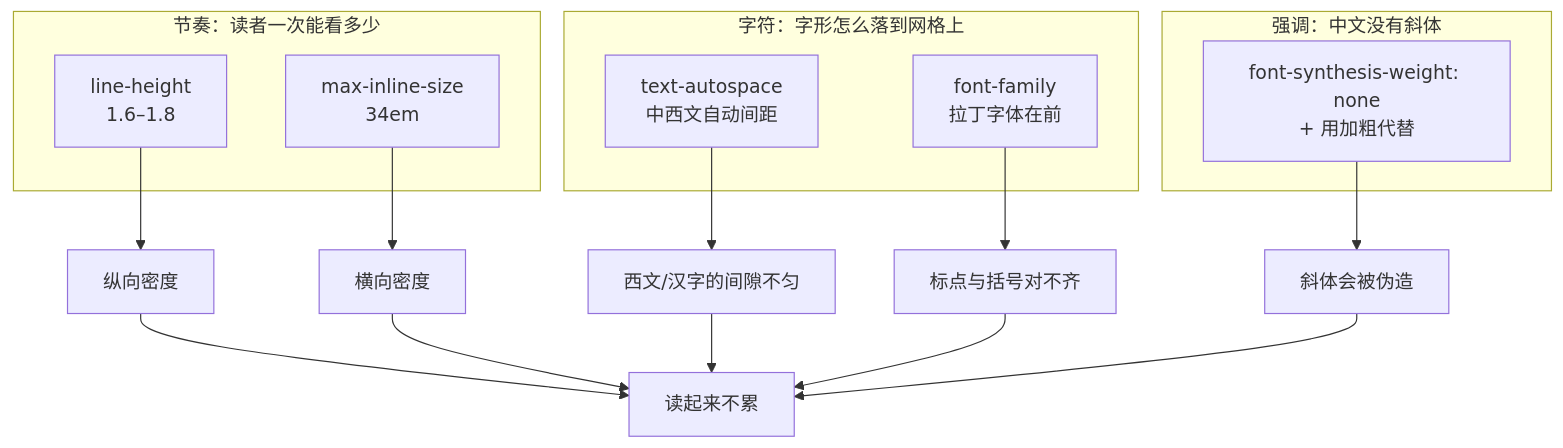
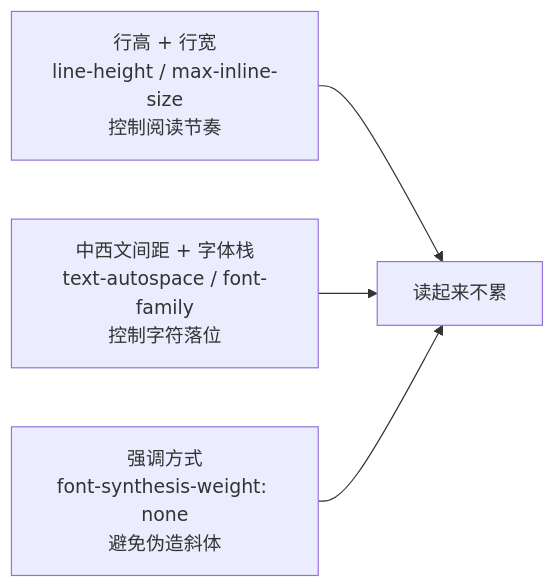
Before and after one commit to XIAOXUsop/letterpress: the diagram in src/content/posts/cjk-web-typography.md, drawn with Mermaid. The commit also changed 15 other files, not shown here.

````diff
--- a/src/content/posts/cjk-web-typography.md
+++ b/src/content/posts/cjk-web-typography.md
@@ -264,24 +264,6 @@
 ```mermaid
-flowchart TD
-  subgraph 节奏["节奏：读者一次能看多少"]
-    LH["line-height<br/>1.6–1.8"]
-    LW["max-inline-size<br/>34em"]
-  end
-  subgraph 字符["字符：字形怎么落到网格上"]
-    TS["text-autospace<br/>中西文自动间距"]
-    FS["font-family<br/>拉丁字体在前"]
-  end
-  subgraph 强调["强调：中文没有斜体"]
-    SW["font-synthesis-weight: none<br/>+ 用加粗代替"]
-  end
-
-  LH --> R1["纵向密度"]
-  LW --> R2["横向密度"]
-  TS --> C1["西文/汉字的间隙不匀"]
-  FS --> C2["标点与括号对不齐"]
-  SW --> E1["斜体会被伪造"]
-
-  R1 & R2 --> OK["读起来不累"]
-  C1 & C2 --> OK
-  E1 --> OK
+flowchart LR
+  R["行高 + 行宽<br/>line-height / max-inline-size<br/>控制阅读节奏"] --> OK["读起来不累"]
+  C["中西文间距 + 字体栈<br/>text-autospace / font-family<br/>控制字符落位"] --> OK
+  E["强调方式<br/>font-synthesis-weight: none<br/>避免伪造斜体"] --> OK
 ```
````
